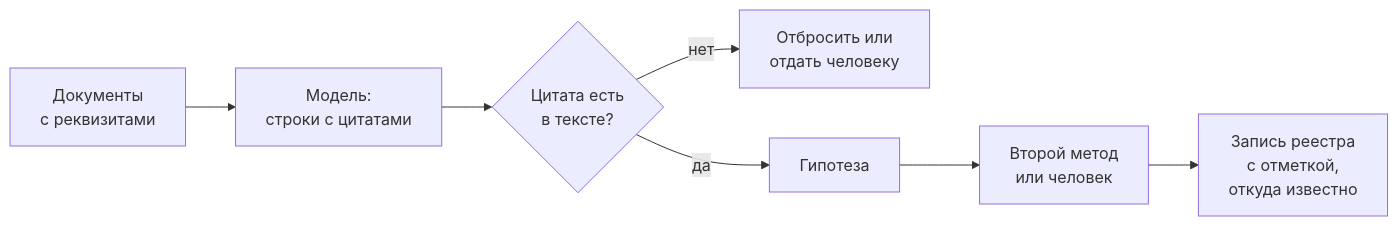
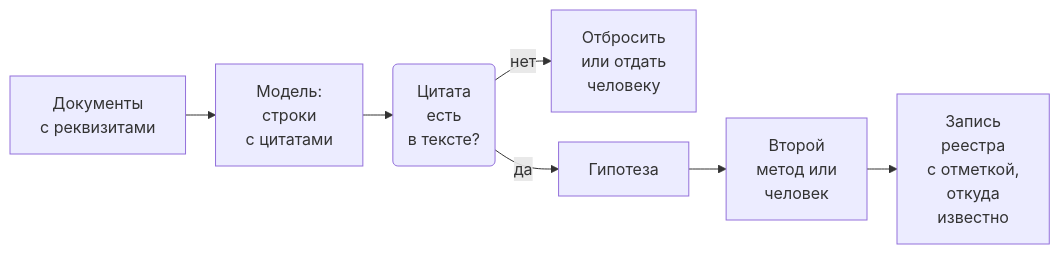
One commit to ivbeg/data-inventory changed the first of 2 diagrams in docs/02-approaches/03-ai.md. Above: the diagram before and after it, drawn with Mermaid. The commit also changed 34 other files, not shown here.

First line of the commit message:
Читаемая карта от продукта и единый размер схем в PDF

````diff
--- a/docs/02-approaches/03-ai.md
+++ b/docs/02-approaches/03-ai.md
@@ -45,9 +45,17 @@
 ```mermaid
+---
+config:
+  layout: dagre
+  flowchart:
+    rankSpacing: 30
+    nodeSpacing: 30
+    minNodeWidth: 40
+---
 flowchart LR
-  D["Документы<br/>с реквизитами"] --> M["Модель:<br/>строки с цитатами"]
-  M --> Q{"Цитата есть<br/>в тексте?"}
-  Q -- "нет" --> X["Отбросить или<br/>отдать человеку"]
+  D["Документы<br/>с реквизитами"] --> M["Модель:<br/>строки<br/>с цитатами"]
+  M --> Q("Цитата<br/>есть<br/>в тексте?")
+  Q -- "нет" --> X["Отбросить<br/>или отдать<br/>человеку"]
   Q -- "да" --> H["Гипотеза"]
-  H --> C["Второй метод<br/>или человек"]
-  C --> R["Запись реестра<br/>с отметкой,<br/>откуда известно"]
+  H --> C["Второй<br/>метод или<br/>человек"]
+  C --> R["Запись<br/>реестра<br/>с отметкой,<br/>откуда<br/>известно"]
 ```
````
